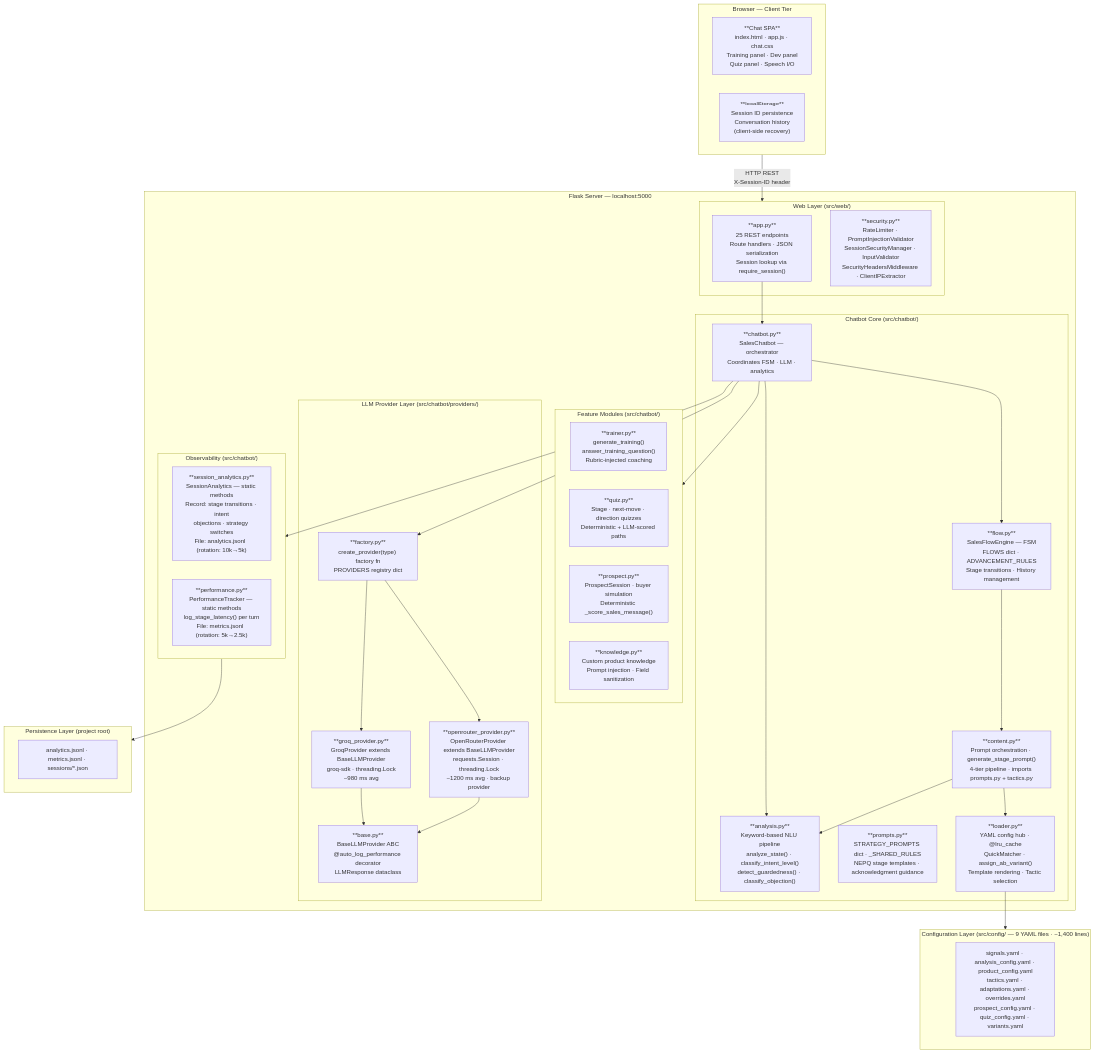
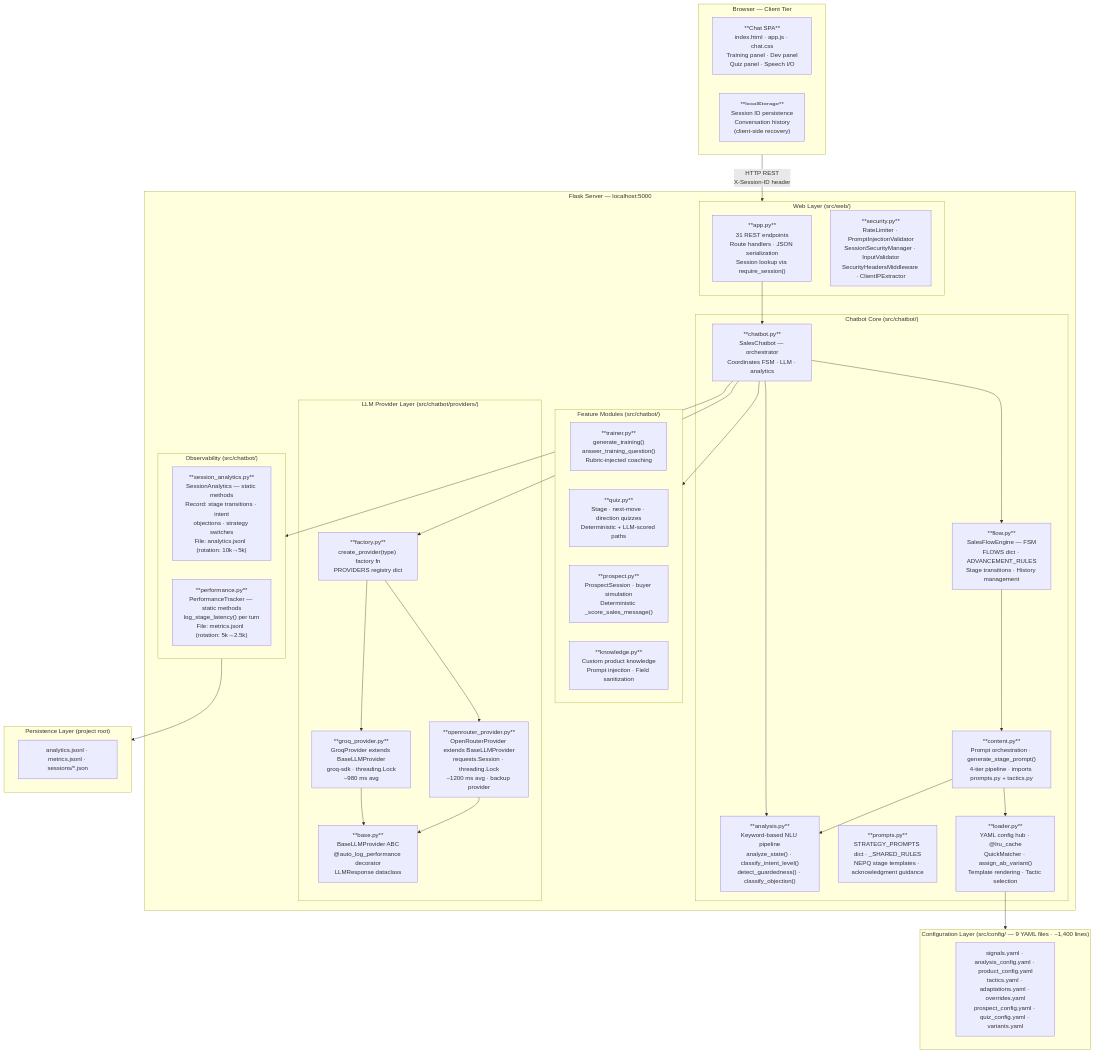
The second of 10 diagrams in Documentation/ARCHITECTURE_CONSOLIDATED.md (shaf-aston/FYP-sales-training-tool), drawn with Mermaid before and after one commit. The commit also changed other lines of this file and 51 other files, not shown here.

````diff
--- a/Documentation/ARCHITECTURE_CONSOLIDATED.md
+++ b/Documentation/ARCHITECTURE_CONSOLIDATED.md
@@ -196,67 +196,67 @@
 ```mermaid
 graph TB
     subgraph Browser ["Browser — Client Tier"]
         UI["**Chat SPA**\nindex.html · app.js · chat.css\nTraining panel · Dev panel\nQuiz panel · Speech I/O"]
         LS["**localStorage**\nSession ID persistence\nConversation history\n(client-side recovery)"]
     end
 
     subgraph Flask ["Flask Server — localhost:5000"]
         subgraph WebLayer ["Web Layer  (src/web/)"]
-            App["**app.py**\n25 REST endpoints\nRoute handlers · JSON serialization\nSession lookup via require_session()"]
+            App["**app.py**\n31 REST endpoints\nRoute handlers · JSON serialization\nSession lookup via require_session()"]
             Sec["**security.py**\nRateLimiter · PromptInjectionValidator\nSessionSecurityManager · InputValidator\nSecurityHeadersMiddleware · ClientIPExtractor"]
         end
 
         subgraph Core ["Chatbot Core  (src/chatbot/)"]
             CB["**chatbot.py**\nSalesChatbot — orchestrator\nCoordinates FSM · LLM · analytics"]
             FSM["**flow.py**\nSalesFlowEngine — FSM\nFLOWS dict · ADVANCEMENT_RULES\nStage transitions · History management"]
             NLU["**analysis.py**\nKeyword-based NLU pipeline\nanalyze_state() · classify_intent_level()\ndetect_guardedness() · classify_objection()"]
             Prompt["**content.py**\nPrompt orchestration · generate_stage_prompt()\n4-tier pipeline · imports prompts.py + tactics.py"]
             Prompts["**prompts.py**\nSTRATEGY_PROMPTS dict · _SHARED_RULES\nNEPQ stage templates · acknowledgment guidance"]
             Loader["**loader.py**\nYAML config hub · @lru_cache\nQuickMatcher · assign_ab_variant()\nTemplate rendering · Tactic selection"]
         end
 
         subgraph Features ["Feature Modules  (src/chatbot/)"]
             TR["**trainer.py**\ngenerate_training()\nanswer_training_question()\nRubric-injected coaching"]
             QZ["**quiz.py**\nStage · next-move · direction quizzes\nDeterministic + LLM-scored paths"]
             PS["**prospect.py**\nProspectSession · buyer simulation\nDeterministic _score_sales_message()"]
             KN["**knowledge.py**\nCustom product knowledge\nPrompt injection · Field sanitization"]
         end
 
         subgraph Observability ["Observability  (src/chatbot/)"]
             SA["**session_analytics.py**\nSessionAnalytics — static methods\nRecord: stage transitions · intent\nobjections · strategy switches\nFile: analytics.jsonl  (rotation: 10k→5k)"]
             PM["**performance.py**\nPerformanceTracker — static methods\nlog_stage_latency() per turn\nFile: metrics.jsonl  (rotation: 5k→2.5k)"]
         end
 
         subgraph Providers ["LLM Provider Layer  (src/chatbot/providers/)"]
             FP["**factory.py**\ncreate_provider(type) factory fn\nPROVIDERS registry dict"]
             GP["**groq_provider.py**\nGroqProvider extends BaseLLMProvider\ngroq-sdk · threading.Lock\n~980 ms avg"]
             OP["**openrouter_provider.py**\nOpenRouterProvider extends BaseLLMProvider\nrequests.Session · threading.Lock\n~1200 ms avg · backup provider"]
             BP["**base.py**\nBaseLLMProvider ABC\n@auto_log_performance decorator\nLLMResponse dataclass"]
         end
     end
 
     subgraph Config ["Configuration Layer  (src/config/  —  9 YAML files · ~1,400 lines)"]
         YAML["signals.yaml · analysis_config.yaml · product_config.yaml\ntactics.yaml · adaptations.yaml · overrides.yaml\nprospect_config.yaml · quiz_config.yaml · variants.yaml"]
     end
 
     subgraph Persistence ["Persistence Layer  (project root)"]
         PF["analytics.jsonl · metrics.jsonl · sessions/*.json"]
     end
 
     Browser -->|"HTTP REST\nX-Session-ID header"| WebLayer
     App --> CB
     CB --> FSM
     CB --> NLU
     FSM --> Prompt
     Prompt --> NLU
     Prompt --> Loader
     CB --> Features
     CB --> Observability
     CB --> FP
     FP --> GP
     FP --> OP
     GP --> BP
     OP --> BP
     Loader --> Config
     Observability --> Persistence
 ```
````
